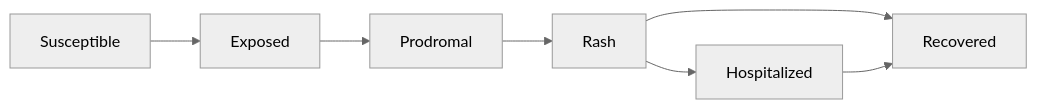
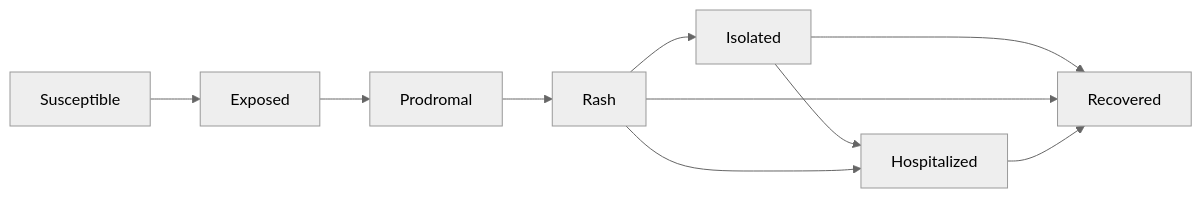
Before and after one commit to EpiForeSITE/epiworld-measles: the first of 2 diagrams in README.md, drawn with Mermaid (neutral theme). The commit also changed other lines of this file, not shown here.

````diff
--- a/README.md
+++ b/README.md
@@ -24,9 +24,12 @@
 ``` mermaid
 flowchart LR
   Susceptible --> Exposed
   Exposed --> Prodromal
   Prodromal --> Rash
+  Rash --> Isolated
+  Isolated --> Hospitalized
+  Isolated --> Recovered
   Rash --> Hospitalized
   Rash --> Recovered
   Hospitalized --> Recovered
 ```
````
